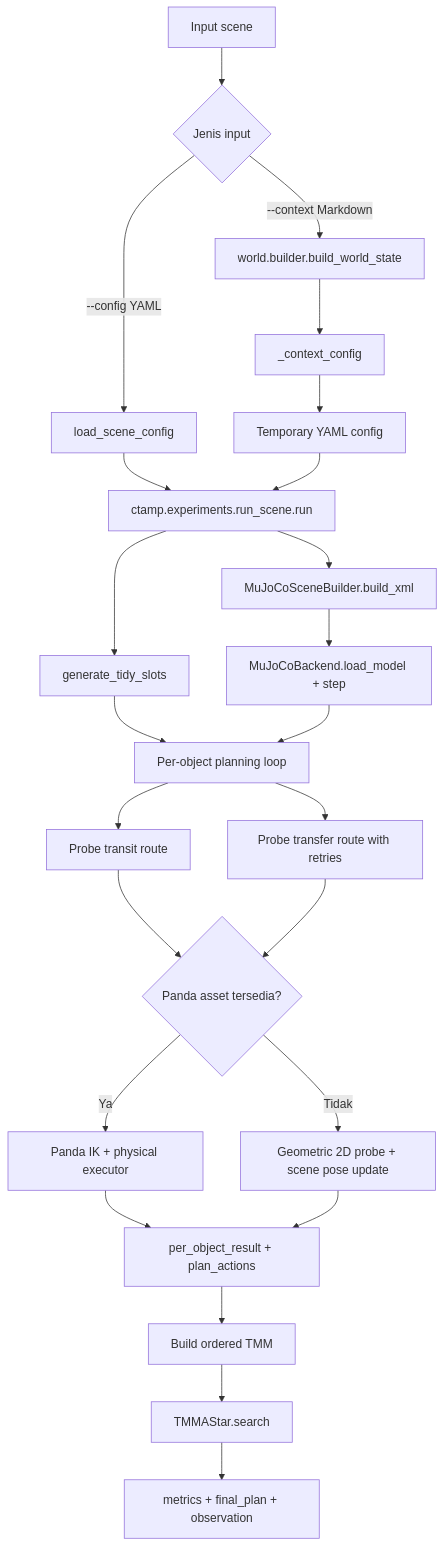
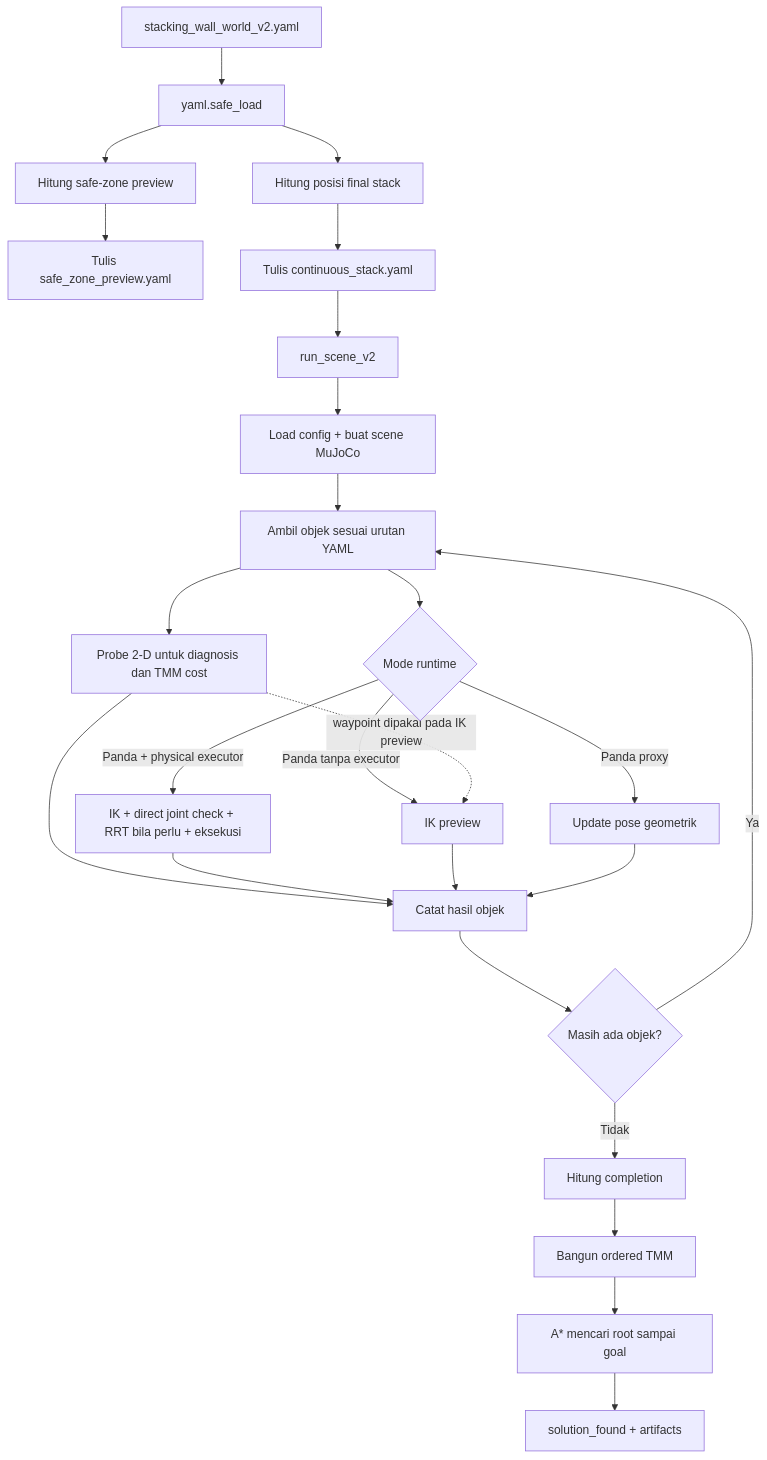
Before and after one commit to rafasoelistiono/MVP-CTAMP-ROBOT3: the first of 2 diagrams in README.md, drawn with Mermaid. The commit also changed other lines of this file, not shown here.

````diff
--- a/README.md
+++ b/README.md
@@ -53,29 +40,27 @@
 ```mermaid
 flowchart TD
-    A["Input scene"] --> B{"Jenis input"}
-    B -->|"--config YAML"| C["load_scene_config"]
-    B -->|"--context Markdown"| D["world.builder.build_world_state"]
-    D --> E["_context_config"]
-    E --> F["Temporary YAML config"]
-    C --> G["ctamp.experiments.run_scene.run"]
-    F --> G
-
-    G --> H["generate_tidy_slots"]
-    G --> I["MuJoCoSceneBuilder.build_xml"]
-    I --> J["MuJoCoBackend.load_model + step"]
-    H --> K["Per-object planning loop"]
-    J --> K
-
-    K --> L["Probe transit route"]
-    K --> M["Probe transfer route with retries"]
-    L --> N{"Panda asset tersedia?"}
-    M --> N
-    N -->|"Ya"| O["Panda IK + physical executor"]
-    N -->|"Tidak"| P["Geometric 2D probe + scene pose update"]
-    O --> Q["per_object_result + plan_actions"]
-    P --> Q
-
-    Q --> R["Build ordered TMM"]
-    R --> S["TMMAStar.search"]
-    S --> T["metrics + final_plan + observation"]
+    A["stacking_wall_world_v2.yaml"] --> B["yaml.safe_load"]
+    B --> C["Hitung safe-zone preview"]
+    B --> D["Hitung posisi final stack"]
+    C --> E["Tulis safe_zone_preview.yaml"]
+    D --> F["Tulis continuous_stack.yaml"]
+    F --> G["run_scene_v2"]
+    G --> H["Load config + buat scene MuJoCo"]
+    H --> I["Ambil objek sesuai urutan YAML"]
+    I --> J["Probe 2-D untuk diagnosis dan TMM cost"]
+    I --> K{"Mode runtime"}
+    K -->|"Panda + physical executor"| L["IK + direct joint check + RRT bila perlu + eksekusi"]
+    K -->|"Panda tanpa executor"| V["IK preview"]
+    K -->|"Panda proxy"| W["Update pose geometrik"]
+    J -. "waypoint dipakai pada IK preview" .-> V
+    J --> X["Catat hasil objek"]
+    L --> X
+    V --> X
+    W --> X
+    X --> M{"Masih ada objek?"}
+    M -->|Ya| I
+    M -->|Tidak| N["Hitung completion"]
+    N --> O["Bangun ordered TMM"]
+    O --> P["A* mencari root sampai goal"]
+    P --> Q["solution_found + artifacts"]
 ```
````
